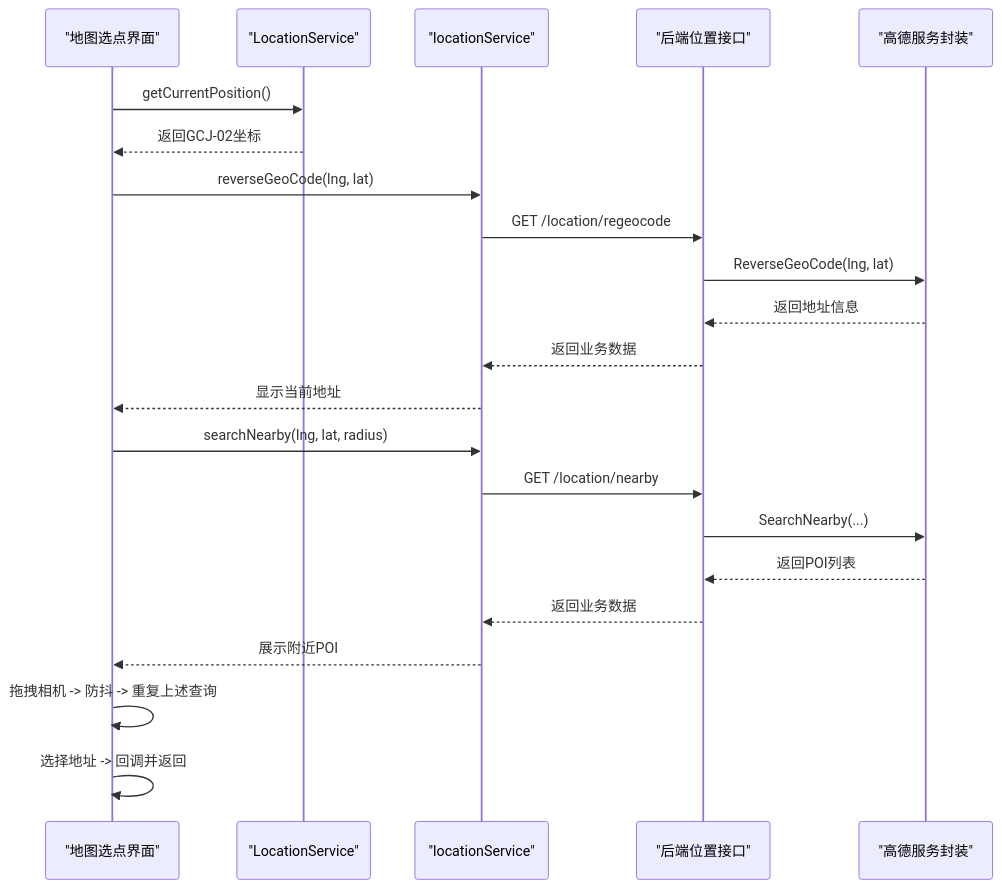
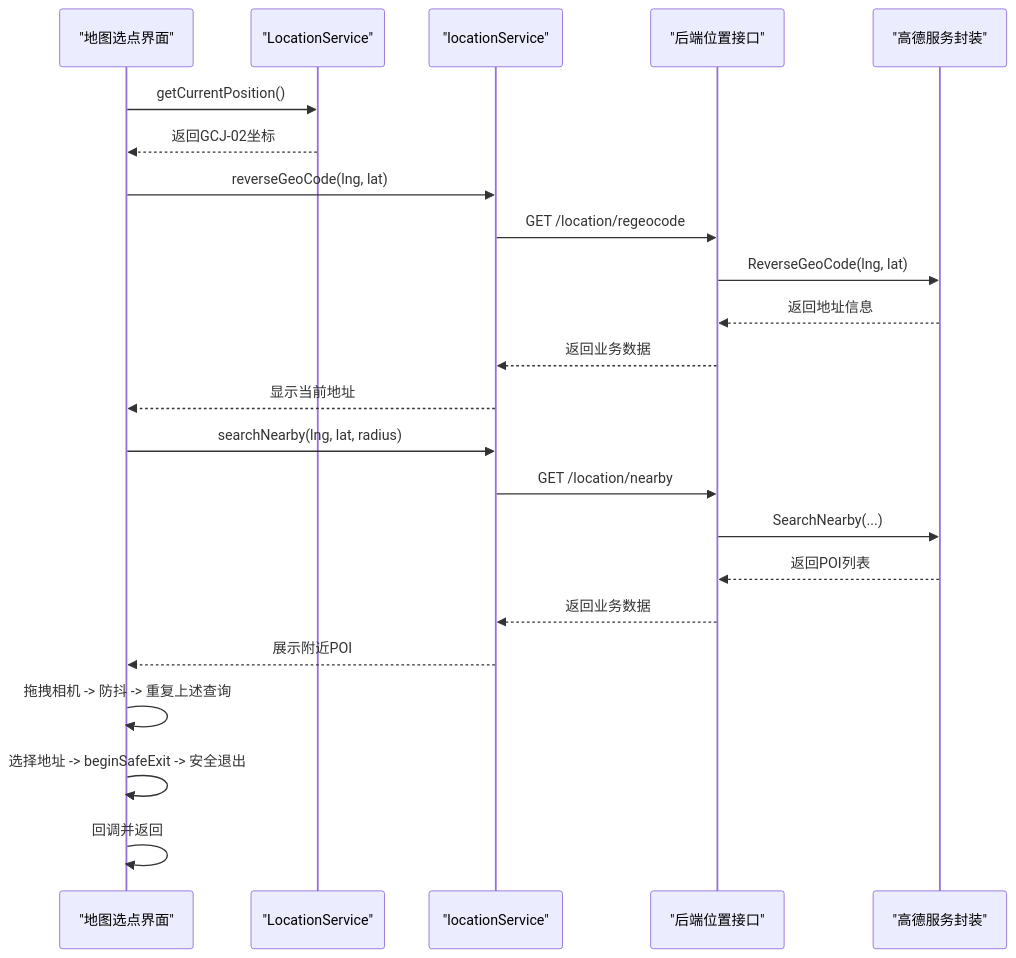
Before and after one commit to yinsw-c2e/drone_Rental_platform_v1: the fifth of 10 diagrams in .qoder/repowiki/zh/content/移动端应用/位置服务模块.md, drawn with Mermaid. The commit also changed other lines of this file and 7 other files, not shown here.

First line of the commit message:
feat(location): 新增地图选点安全退出机制与导航优化

````diff
--- a/.qoder/repowiki/zh/content/移动端应用/位置服务模块.md
+++ b/.qoder/repowiki/zh/content/移动端应用/位置服务模块.md
@@ -250,24 +277,25 @@
 ```mermaid
 sequenceDiagram
 participant UI as "地图选点界面"
 participant LOC as "LocationService"
 participant SVC as "locationService"
 participant API as "后端位置接口"
 participant AMAP as "高德服务封装"
 UI->>LOC : getCurrentPosition()
 LOC-->>UI : 返回GCJ-02坐标
 UI->>SVC : reverseGeoCode(lng, lat)
 SVC->>API : GET /location/regeocode
 API->>AMAP : ReverseGeoCode(lng, lat)
 AMAP-->>API : 返回地址信息
 API-->>SVC : 返回业务数据
 SVC-->>UI : 显示当前地址
 UI->>SVC : searchNearby(lng, lat, radius)
 SVC->>API : GET /location/nearby
 API->>AMAP : SearchNearby(...)
 AMAP-->>API : 返回POI列表
 API-->>SVC : 返回业务数据
 SVC-->>UI : 展示附近POI
 UI->>UI : 拖拽相机 -> 防抖 -> 重复上述查询
-UI->>UI : 选择地址 -> 回调并返回
+UI->>UI : 选择地址 -> beginSafeExit -> 安全退出
+UI->>UI : 回调并返回
 ```
````
